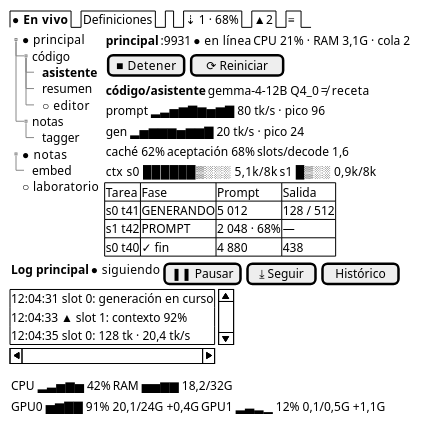
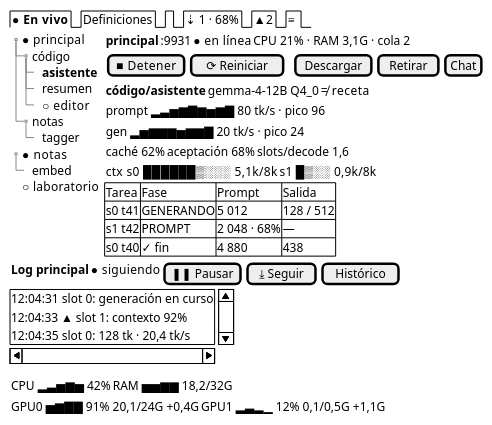
Before and after one commit to mstranich/coquena: the diagram in docs/design/tui/A-en-vivo.salt.puml, drawn with PlantUML. The commit also changed 16 other files, not shown here.

First line of the commit message:
feat: cargar, descargar y retirar presets desde En vivo

```diff
--- a/docs/design/tui/A-en-vivo.salt.puml
+++ b/docs/design/tui/A-en-vivo.salt.puml
@@ -1,43 +1,43 @@
 @startsalt
 {
   {/ <b>● En vivo | Definiciones | . | ⇣ 1 · 68% | ▲ 2 | ≡ }
   {
     {
       {T
         + ● principal
         ++ código
         +++ <b>asistente
         +++ resumen
         +++ ○ editor
         ++ notas
         +++ tagger
         + ● notas
         ++ embed
         + ○ laboratorio
       }
     } | {
       { <b>principal | :9931 | ● en línea | CPU 21% · RAM 3,1G · cola 2 }
-      { [■ Detener] | [⟳ Reiniciar] }
+      { [■ Detener] | [⟳ Reiniciar] | . | [Descargar] | [Retirar] | [Chat] }
       { <b>código/asistente | gemma-4-12B Q4_0 | ≠ receta }
       { prompt ▂▃▅▆▇▆▅▆▇ 80 tk/s · pico 96 }
       { gen ▂▅▆▆▆▅▆▆▇ 20 tk/s · pico 24 }
       { caché 62% | aceptación 68% | slots/decode 1,6 }
       { ctx s0 ██████▒░░░ 5,1k/8k | s1 █▒░░ 0,9k/8k }
       {#
         Tarea | Fase | Prompt | Salida
         s0 t41 | GENERANDO | 5 012 | 128 / 512
         s1 t42 | PROMPT | 2 048 · 68% | —
         s0 t40 | ✓ fin | 4 880 | 438
       }
     }
   }
   { <b>Log principal | ● siguiendo | [❚❚ Pausar] | [⤓ Seguir] | [Histórico] }
   {S
     12:04:31 slot 0: generación en curso
     12:04:33 ▲ slot 1: contexto 92%
     12:04:35 slot 0: 128 tk · 20,4 tk/s
   }
   { CPU ▂▃▅▆▅ 42% | RAM ▅▅▆▆ 18,2/32G }
   { GPU0 ▅▆▇▇ 91% 20,1/24G +0,4G | GPU1 ▂▃▂▁ 12% 0,1/0,5G +1,1G }
 }
 @endsalt
```
